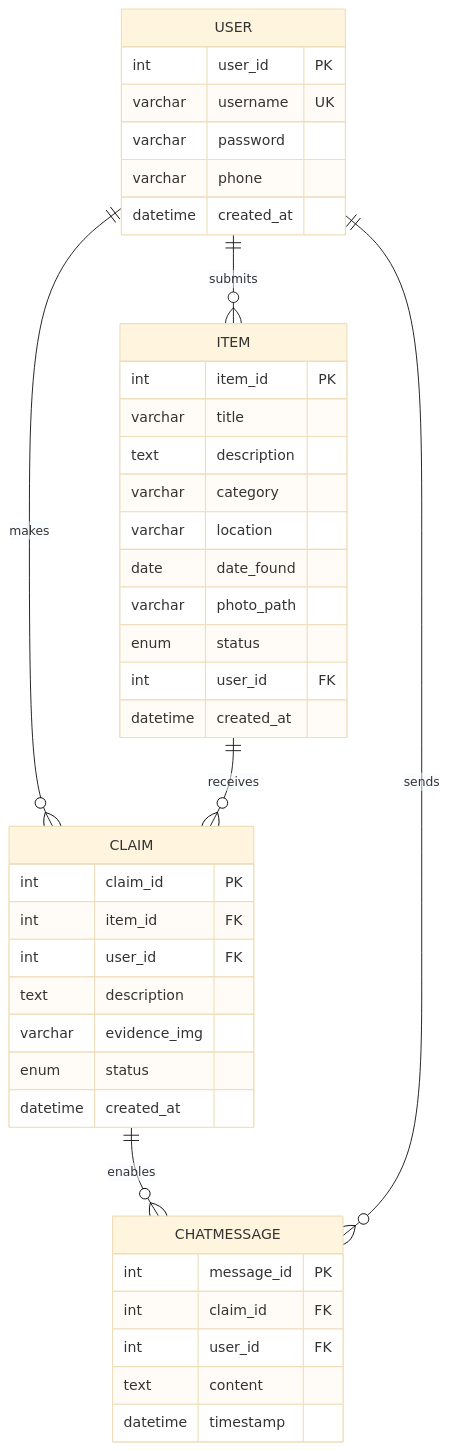
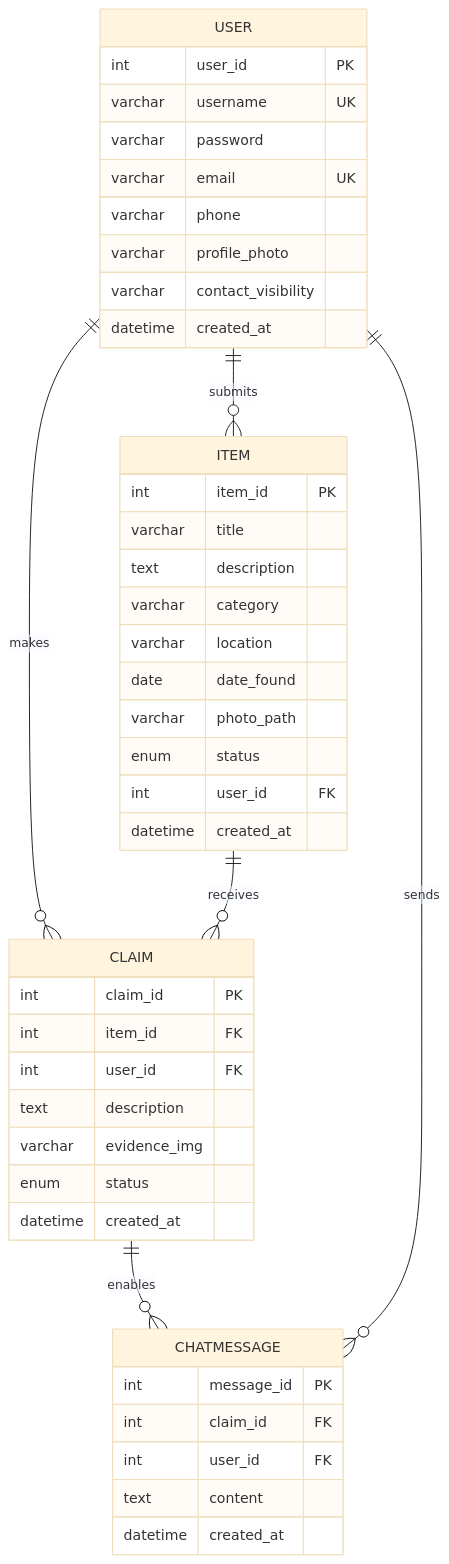
One commit to Irenemicooo/WheresMyPie changed the diagram in README.md. Above: the diagram before and after it, drawn with Mermaid (base theme). The commit also changed other lines of this file and 4 other files, not shown here.

````diff
--- a/README.md
+++ b/README.md
@@ -29,47 +31,50 @@
 ```mermaid
 erDiagram
     USER {
         int user_id PK
         varchar username UK
         varchar password
+        varchar email UK
         varchar phone
+        varchar profile_photo
+        varchar contact_visibility
         datetime created_at
     }
     
     ITEM {
         int item_id PK
         varchar title
         text description
         varchar category
         varchar location
         date date_found
         varchar photo_path
         enum status
         int user_id FK
         datetime created_at
     }
     
     CLAIM {
         int claim_id PK
         int item_id FK
         int user_id FK
         text description
         varchar evidence_img
         enum status
         datetime created_at
     }
     
     CHATMESSAGE {
         int message_id PK
         int claim_id FK
         int user_id FK
         text content
-        datetime timestamp
+        datetime created_at
     }
     
     USER ||--o{ ITEM : "submits"
     USER ||--o{ CLAIM : "makes"
     ITEM ||--o{ CLAIM : "receives"
     CLAIM ||--o{ CHATMESSAGE : "enables"
     USER ||--o{ CHATMESSAGE : "sends"
 ```
````
